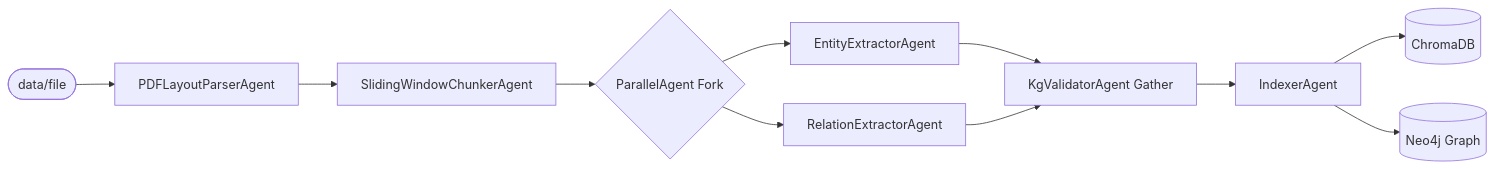
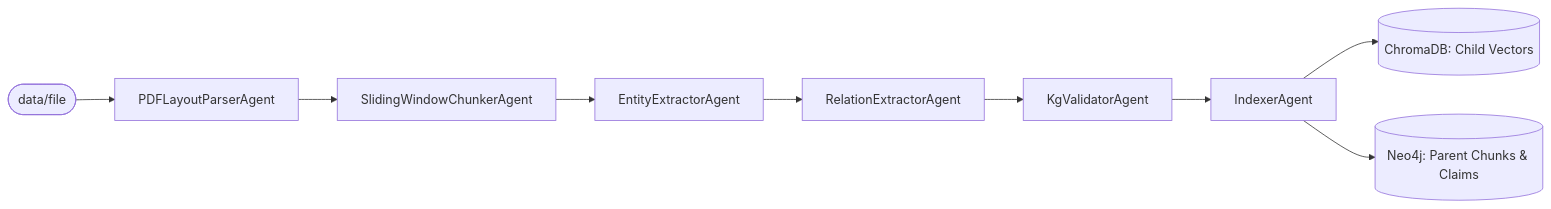
The second of 2 diagrams in README.md (ranapratapmajee/nexusmind-adk), drawn with Mermaid before and after one commit. The commit also changed other lines of this file and 10 other files, not shown here.

Commit message:
architecture fix

````diff
--- a/README.md
+++ b/README.md
@@ -198,14 +151,12 @@
 ```mermaid
 graph LR
     Start([data/file]) --> Parser[PDFLayoutParserAgent]
     Parser --> Chunker[SlidingWindowChunkerAgent]
-    Chunker --> ParallelFork{ParallelAgent Fork}
-    ParallelFork --> EntityExt[EntityExtractorAgent]
-    ParallelFork --> RelExt[RelationExtractorAgent]
-    EntityExt --> KGVal[KgValidatorAgent Gather]
-    RelExt --> KGVal
+    Chunker --> EntityExt[EntityExtractorAgent]
+    EntityExt --> RelExt[RelationExtractorAgent]
+    RelExt --> KGVal[KgValidatorAgent]
     KGVal --> Indexer[IndexerAgent]
-    Indexer --> Chroma[(ChromaDB)]
-    Indexer --> Neo4j[(Neo4j Graph)]
+    Indexer --> Chroma[(ChromaDB: Child Vectors)]
+    Indexer --> Neo4j[(Neo4j: Parent Chunks & Claims)]
 
 ```
````
